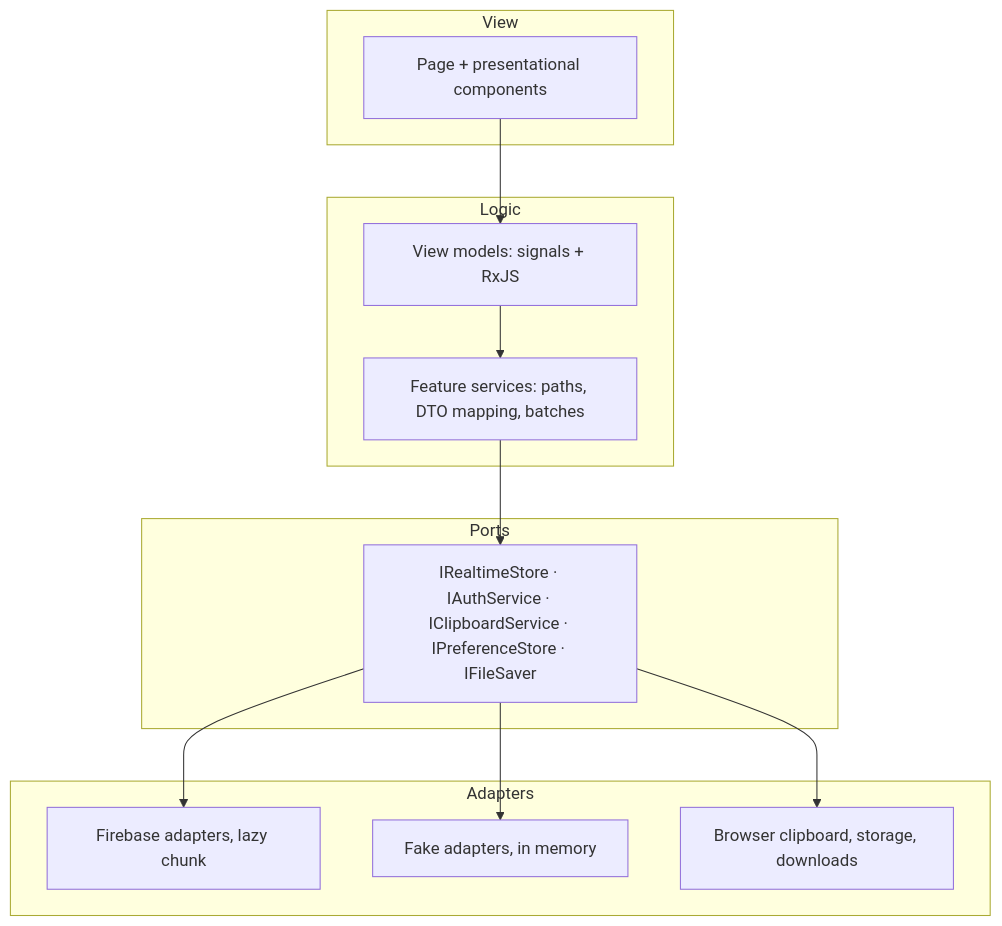
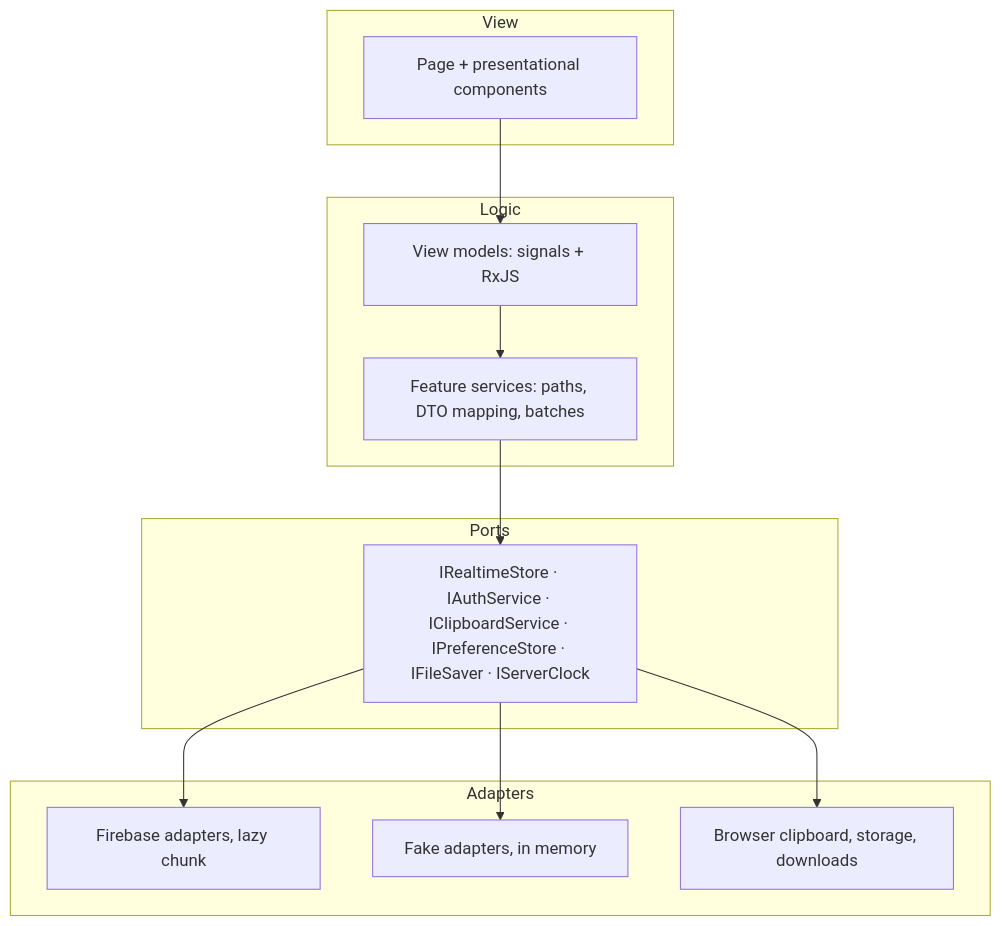
Before and after one commit to RaviAkhouri30/PlanningPoker: the second of 2 diagrams in docs/architecture/overview.md, drawn with Mermaid. The commit also changed 17 other files, not shown here.

````diff
--- a/docs/architecture/overview.md
+++ b/docs/architecture/overview.md
@@ -23,22 +23,22 @@
 ```mermaid
 flowchart TB
   subgraph View
     C[Page + presentational components]
   end
   subgraph Logic
     VM[View models: signals + RxJS]
     S[Feature services: paths, DTO mapping, batches]
   end
   subgraph Ports
-    P[IRealtimeStore · IAuthService · IClipboardService · IPreferenceStore · IFileSaver]
+    P[IRealtimeStore · IAuthService · IClipboardService · IPreferenceStore · IFileSaver · IServerClock]
   end
   subgraph Adapters
     F[Firebase adapters, lazy chunk]
     K[Fake adapters, in memory]
     B[Browser clipboard, storage, downloads]
   end
   C --> VM --> S --> P
   P --> F
   P --> K
   P --> B
 ```
````
